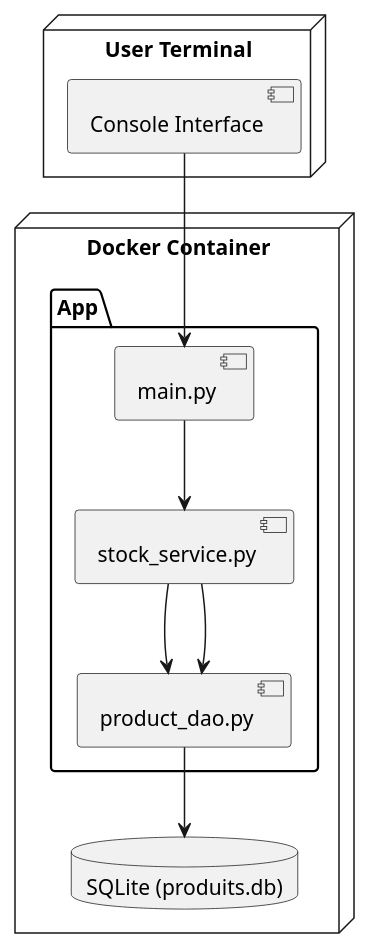
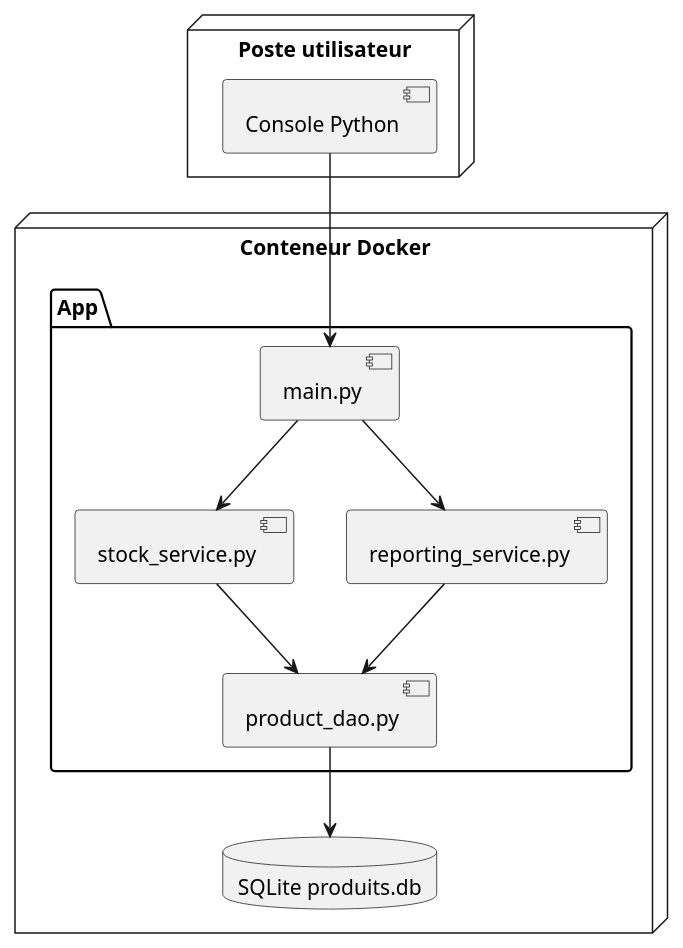
Before and after one commit to Ludo67/LOG430-Lab0: the diagram in docs/UML/deployment.puml, drawn with PlantUML. The commit also changed 19 other files, not shown here.

```diff
--- a/docs/UML/deployment.puml
+++ b/docs/UML/deployment.puml
@@ -1,15 +1,16 @@
 @startuml deployment
-node "User Terminal" {
-  [Console Interface]
+node "Poste utilisateur" {
+  [Console Python]
 }
-node "Docker Container" {
+node "Conteneur Docker" {
   folder "App" {
     [main.py] --> [stock_service.py]
+    [main.py] --> [reporting_service.py]
     [stock_service.py] --> [product_dao.py]
+    [reporting_service.py] --> [product_dao.py]
   }
-  database "SQLite (produits.db)"
+  database "SQLite produits.db"
 }
-[stock_service.py] --> [product_dao.py]
-[product_dao.py] --> [SQLite (produits.db)]
-[Console Interface] --> [main.py]
+[product_dao.py] --> [SQLite produits.db]
+[Console Python] --> [main.py]
 @enduml
```
